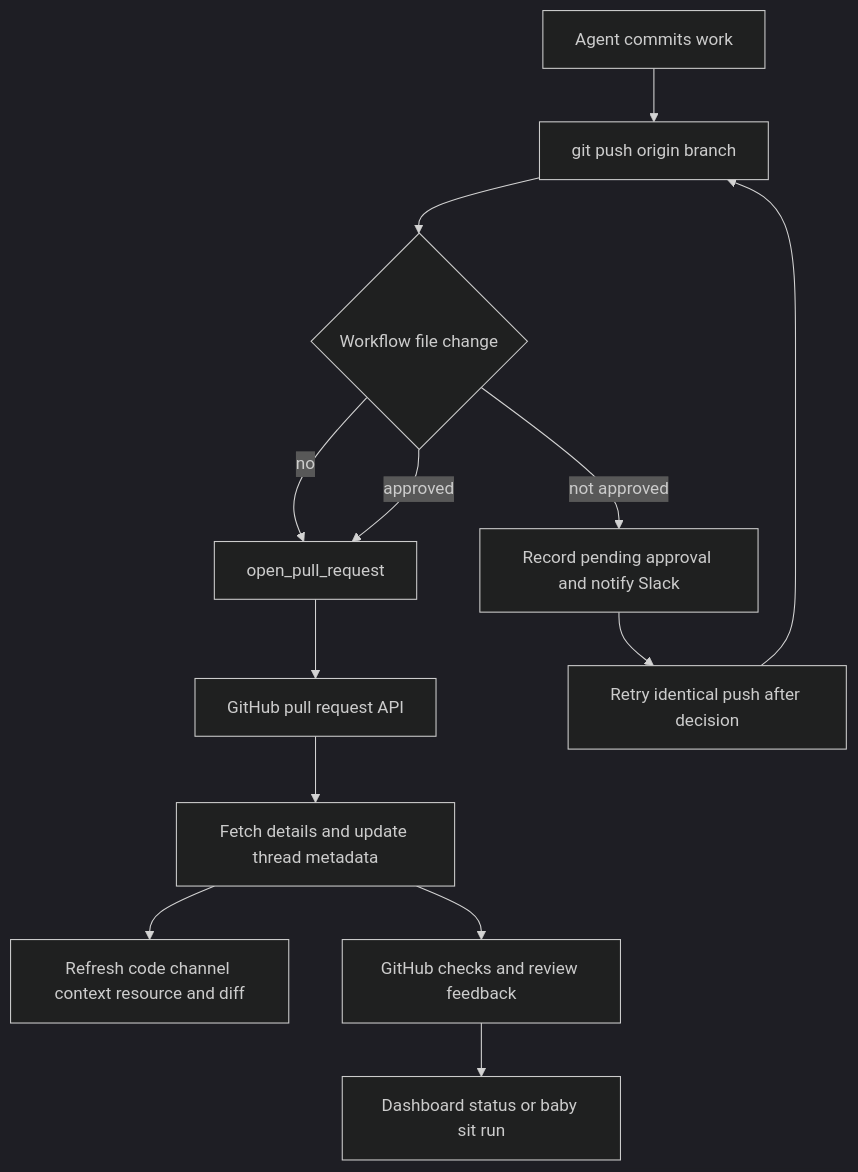
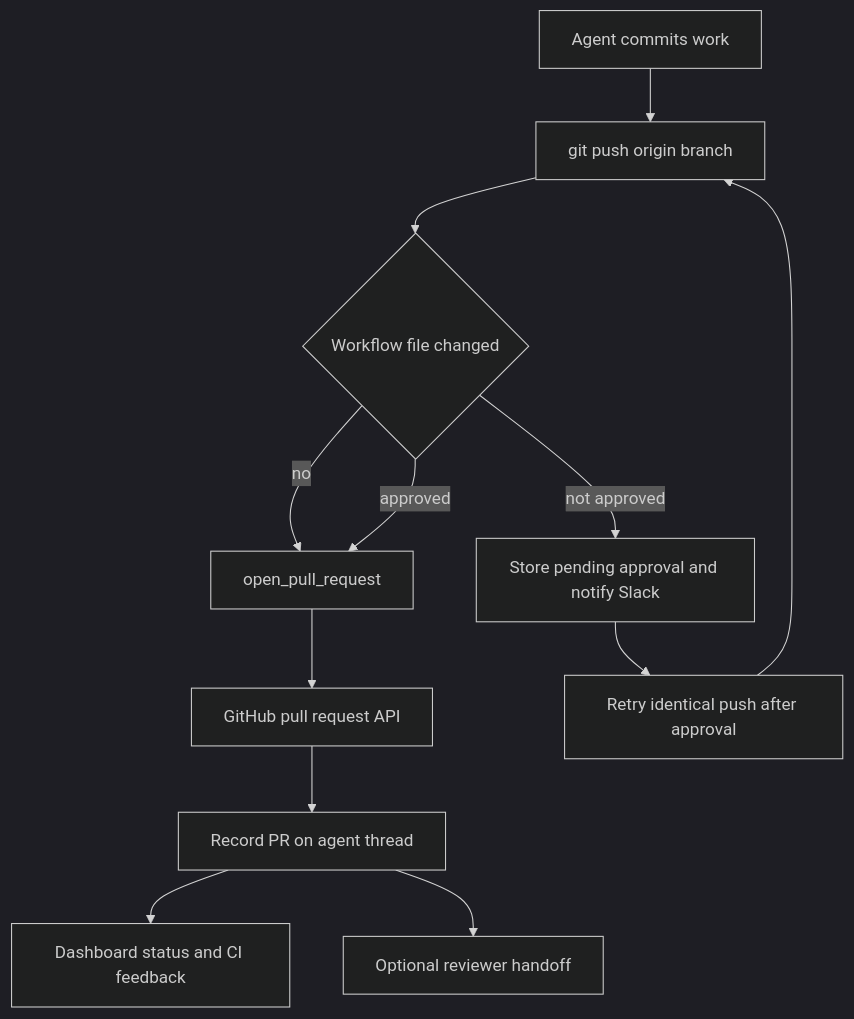
Before and after one commit to langchain-ai/open-swe: the diagram in openwiki/workflows/pr-creation.md, drawn with Mermaid (dark theme). The commit also changed other lines of this file and 52 other files, not shown here.

````diff
--- a/openwiki/workflows/pr-creation.md
+++ b/openwiki/workflows/pr-creation.md
@@ -41,15 +45,14 @@
 ```mermaid
 flowchart TD
     Commit["Agent commits work"] --> Push["git push origin branch"]
-    Push --> Workflow{"Workflow file change"}
+    Push --> Workflow{"Workflow file changed"}
     Workflow -->|"no"| Open["open_pull_request"]
     Workflow -->|"approved"| Open
-    Workflow -->|"not approved"| Approval["Record pending approval and notify Slack"]
-    Approval --> Retry["Retry identical push after decision"]
+    Workflow -->|"not approved"| Pending["Store pending approval and notify Slack"]
+    Pending --> Retry["Retry identical push after approval"]
     Retry --> Push
     Open --> GitHub["GitHub pull request API"]
-    GitHub --> Telemetry["Fetch details and update thread metadata"]
-    Telemetry --> Channel["Refresh code channel context resource and diff"]
-    Telemetry --> CI["GitHub checks and review feedback"]
-    CI --> Feedback["Dashboard status or baby sit run"]
+    GitHub --> Thread["Record PR on agent thread"]
+    Thread --> Status["Dashboard status and CI feedback"]
+    Thread --> Review["Optional reviewer handoff"]
 ```
````
